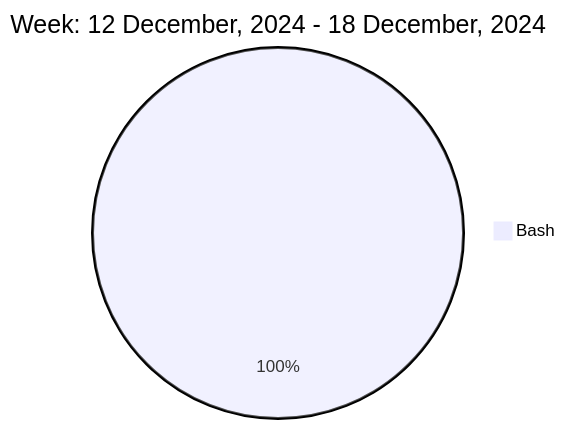
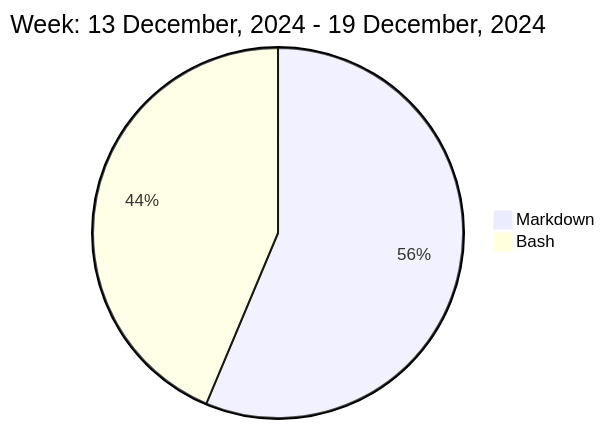
One commit to liubin95/liubin95 changed the diagram in README.md. Above: the diagram before and after it, drawn with Mermaid.

Commit message:
Updated the Graph with new Metrics

````diff
--- a/README.md
+++ b/README.md
@@ -37,5 +37,6 @@
 ```mermaid
  pie
-title Week: 12 December, 2024 - 18 December, 2024
+title Week: 13 December, 2024 - 19 December, 2024
+ "Markdown" : 3.07
  "Bash" : 2.38
 ```
````
